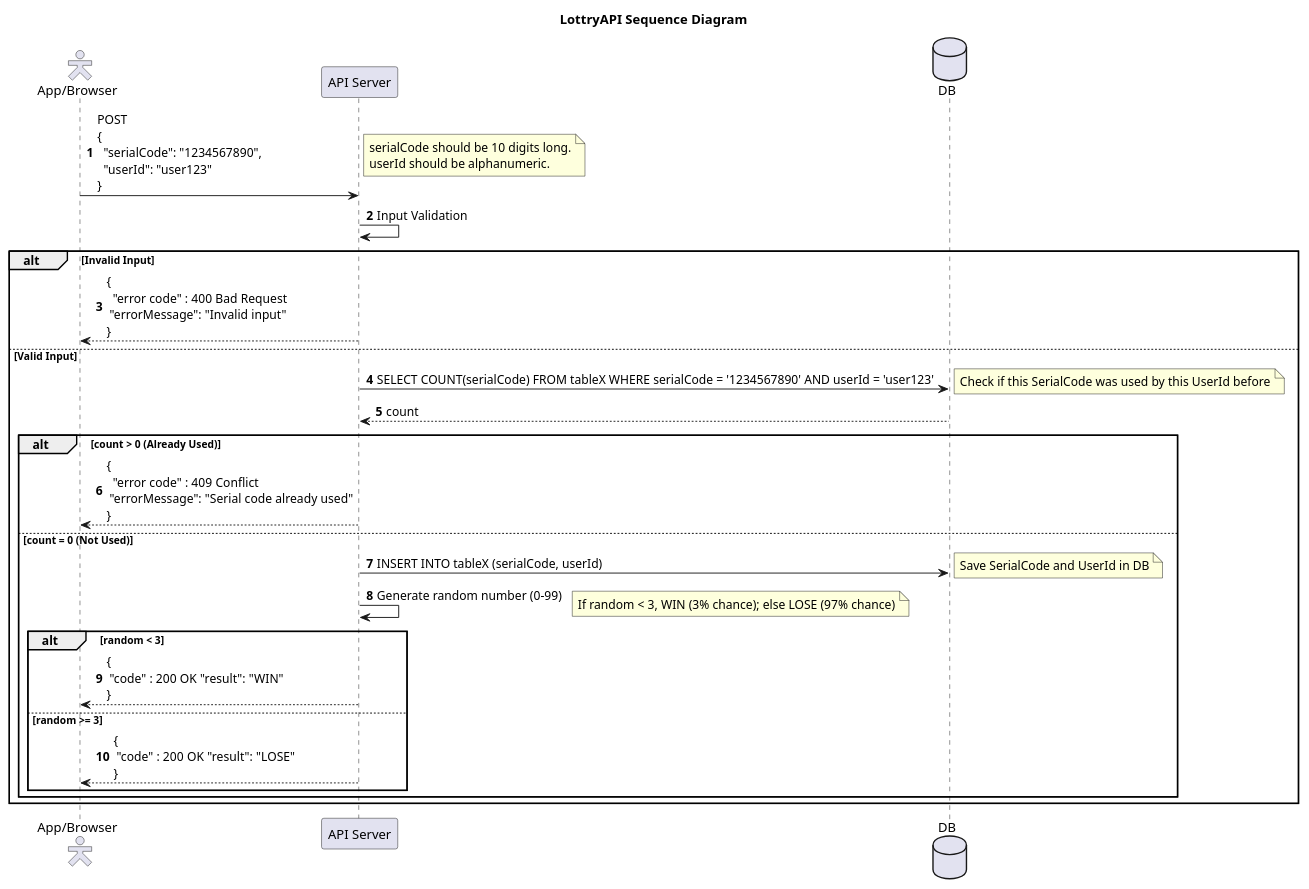
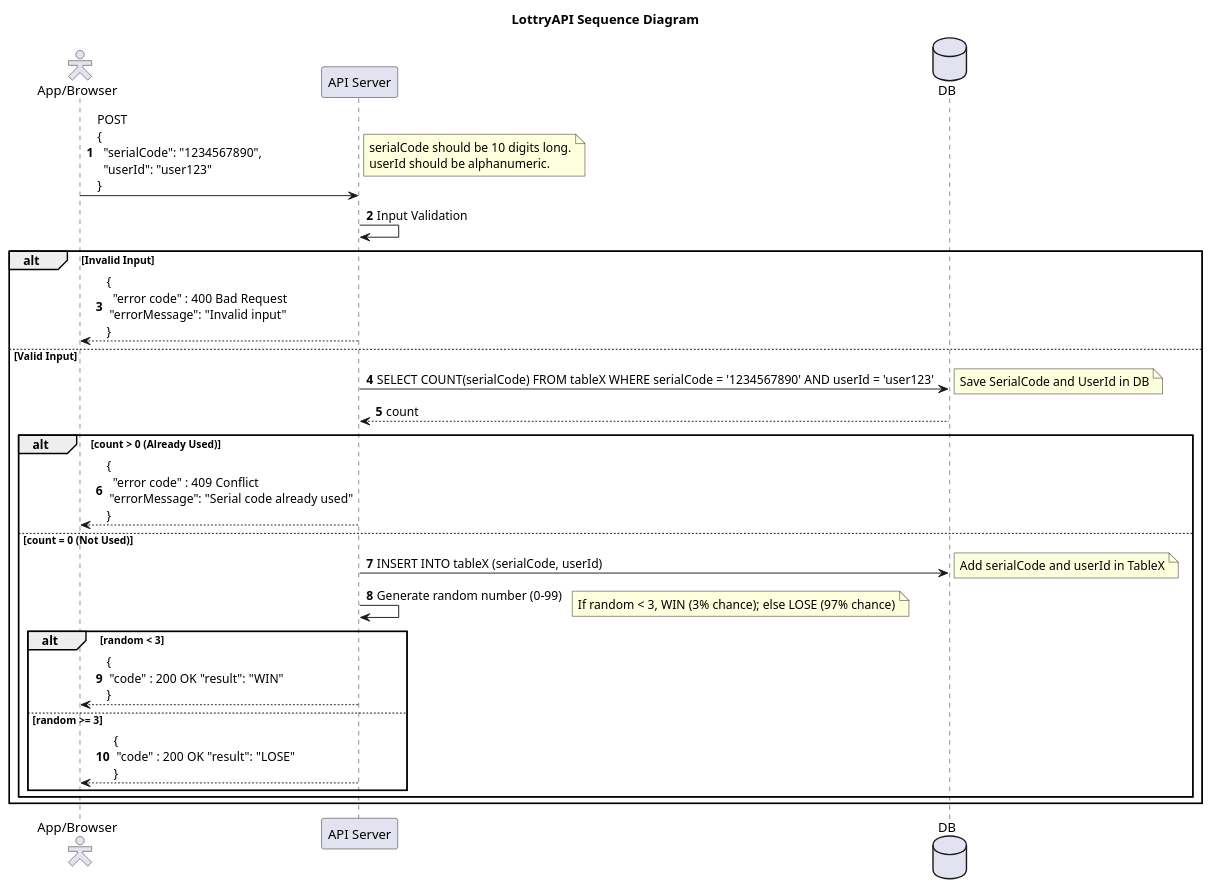
The diagram in LotteryAPI.puml (kojiaoyama-jpg/PlantUML), drawn with PlantUML before and after one commit. The commit also changed 1 other file, not shown here.

Commit message:
GEPO-1069 complete Sequence Diagram

```diff
--- a/LotteryAPI.puml
+++ b/LotteryAPI.puml
@@ -1,35 +1,35 @@
 @startuml
 title LottryAPI Sequence Diagram
 skinparam actorStyle Hollow
 actor Client as "App/Browser"
 participant "API Server" as Server
 database "DB" as DB
 autonumber
 
 Client -> Server: POST \n{\n  "serialCode": "1234567890",\n  "userId": "user123"\n}
 note right
     serialCode should be 10 digits long.
     userId should be alphanumeric.
 end note
 Server -> Server: Input Validation
 alt Invalid Input
     Server --> Client: {\n  "error code" : 400 Bad Request \n "errorMessage": "Invalid input"\n}
 else Valid Input
     Server -> DB: SELECT COUNT(serialCode) FROM tableX WHERE serialCode = '1234567890' AND userId = 'user123'
-    note right: Check if this SerialCode was used by this UserId before
+    note right: Save SerialCode and UserId in DB
     DB --> Server: count
     alt count > 0 (Already Used)
         Server --> Client: {\n  "error code" : 409 Conflict \n "errorMessage": "Serial code already used"\n}
     else count = 0 (Not Used)
         Server -> DB: INSERT INTO tableX (serialCode, userId)
-        note right: Save SerialCode and UserId in DB
+        note right: Add serialCode and userId in TableX
         Server -> Server: Generate random number (0-99)
         note right: If random < 3, WIN (3% chance); else LOSE (97% chance)
         alt random < 3
             Server --> Client: {\n "code" : 200 OK "result": "WIN"\n}
         else random >= 3
             Server --> Client: {\n "code" : 200 OK "result": "LOSE"\n}
         end
     end
 end
 @enduml
```
